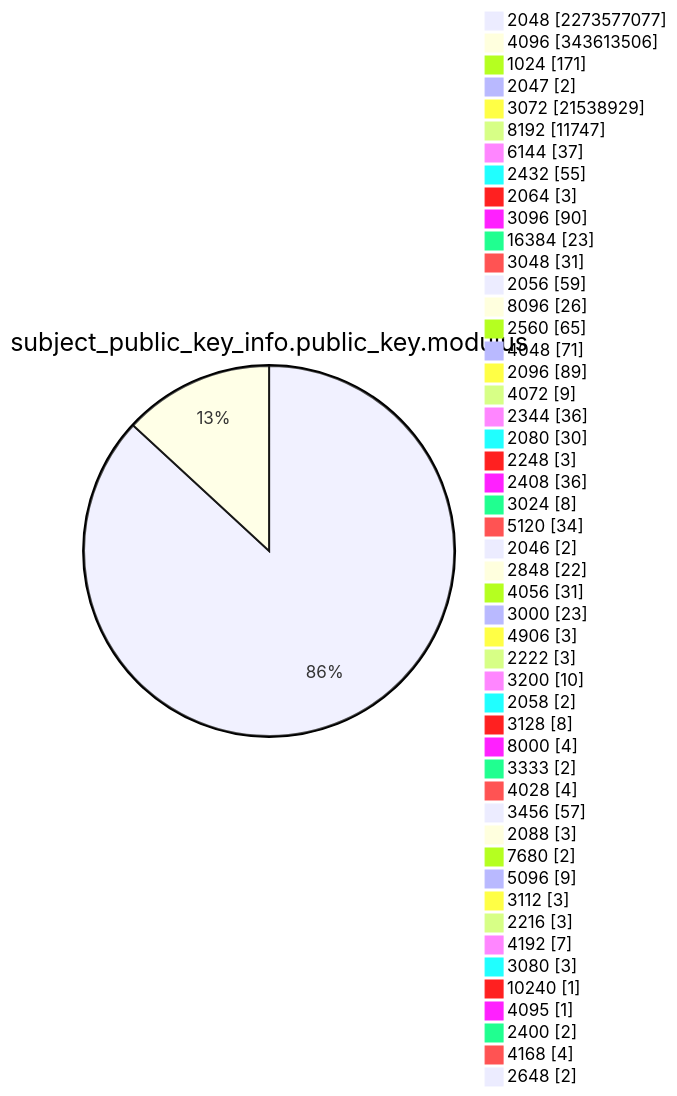
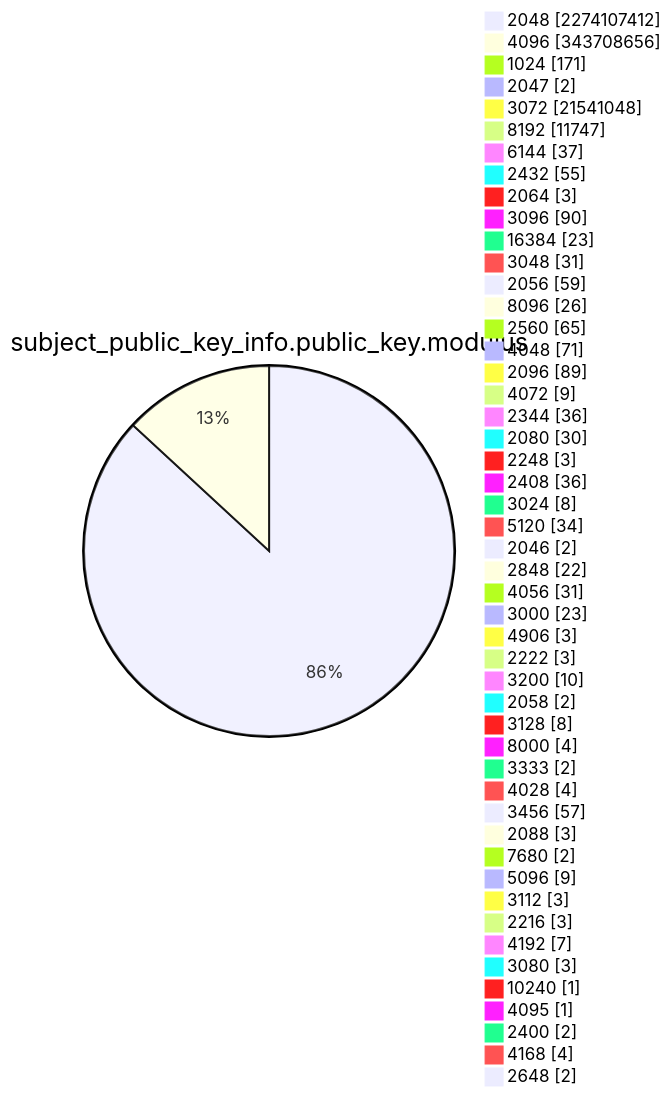
Diagram 13 of 15 in TOTAL/README.md (christiankrug/ctmonitor_visualization), drawn with Mermaid before and after one commit. The commit also changed other lines of this file, not shown here.

````diff
--- a/TOTAL/README.md
+++ b/TOTAL/README.md
@@ -4165,53 +4165,53 @@
 ```mermaid
 pie showData
 title subject_public_key_info.public_key.modulus
-"2048" :2273577077
-"4096" :343613506
+"2048" :2274107412
+"4096" :343708656
 "1024" :171
 "2047" :2
-"3072" :21538929
+"3072" :21541048
 "8192" :11747
 "6144" :37
 "2432" :55
 "2064" :3
 "3096" :90
 "16384" :23
 "3048" :31
 "2056" :59
 "8096" :26
 "2560" :65
 "4048" :71
 "2096" :89
 "4072" :9
 "2344" :36
 "2080" :30
 "2248" :3
 "2408" :36
 "3024" :8
 "5120" :34
 "2046" :2
 "2848" :22
 "4056" :31
 "3000" :23
 "4906" :3
 "2222" :3
 "3200" :10
 "2058" :2
 "3128" :8
 "8000" :4
 "3333" :2
 "4028" :4
 "3456" :57
 "2088" :3
 "7680" :2
 "5096" :9
 "3112" :3
 "2216" :3
 "4192" :7
 "3080" :3
 "10240" :1
 "4095" :1
 "2400" :2
 "4168" :4
 "2648" :2
 ```
````
